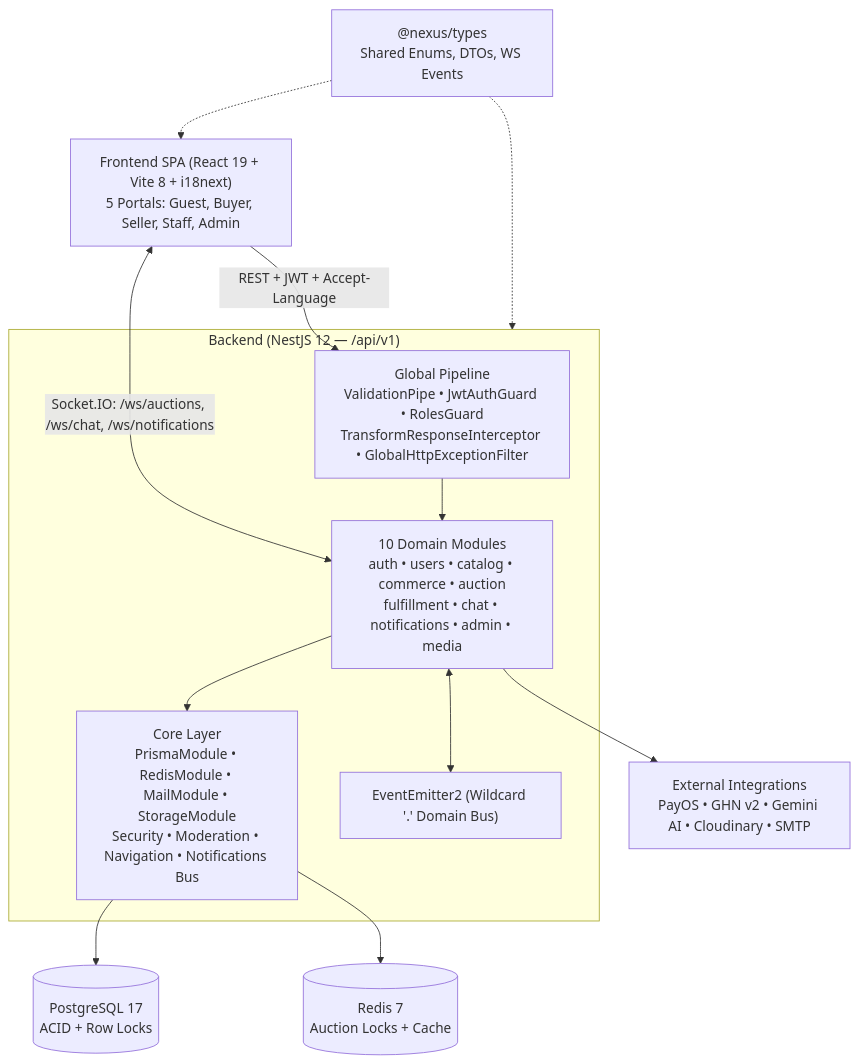
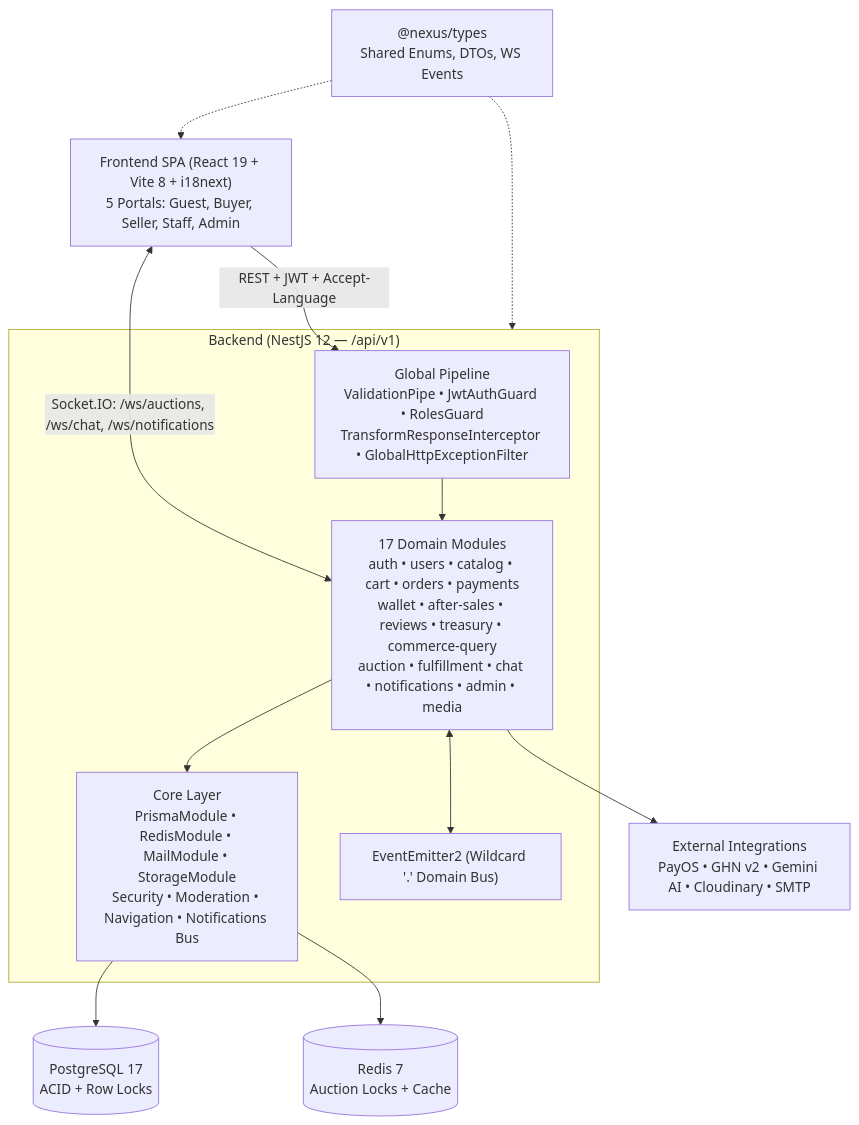
Before and after one commit to MinhPhuc00ne/project-nexus: the diagram in docs/docs/architecture/system-overview.md, drawn with Mermaid. The commit also changed other lines of this file and 5 other files, not shown here.

````diff
--- a/docs/docs/architecture/system-overview.md
+++ b/docs/docs/architecture/system-overview.md
@@ -9,27 +9,27 @@
 ```mermaid
 flowchart TB
     FE["Frontend SPA (React 19 + Vite 8 + i18next)<br/>5 Portals: Guest, Buyer, Seller, Staff, Admin"]
     TYPES["@nexus/types<br/>Shared Enums, DTOs, WS Events"]
 
     subgraph BE["Backend (NestJS 12 — /api/v1)"]
         PIPE["Global Pipeline<br/>ValidationPipe • JwtAuthGuard • RolesGuard<br/>TransformResponseInterceptor • GlobalHttpExceptionFilter"]
         CORE["Core Layer<br/>PrismaModule • RedisModule • MailModule • StorageModule<br/>Security • Moderation • Navigation • Notifications Bus"]
-        MODS["10 Domain Modules<br/>auth • users • catalog • commerce • auction<br/>fulfillment • chat • notifications • admin • media"]
+        MODS["17 Domain Modules<br/>auth • users • catalog • cart • orders • payments<br/>wallet • after-sales • reviews • treasury • commerce-query<br/>auction • fulfillment • chat • notifications • admin • media"]
         BUS["EventEmitter2 (Wildcard '.' Domain Bus)"]
     end
 
     PG[(PostgreSQL 17<br/>ACID + Row Locks)]
     RD[(Redis 7<br/>Auction Locks + Cache)]
     EXT["External Integrations<br/>PayOS • GHN v2 • Gemini AI • Cloudinary • SMTP"]
 
     TYPES -.-> FE
     TYPES -.-> BE
     FE -->|REST + JWT + Accept-Language| PIPE
     FE <-->|Socket.IO: /ws/auctions, /ws/chat, /ws/notifications| MODS
     PIPE --> MODS
     MODS --> CORE
     MODS <--> BUS
     CORE --> PG
     CORE --> RD
     MODS --> EXT
 ```
````
